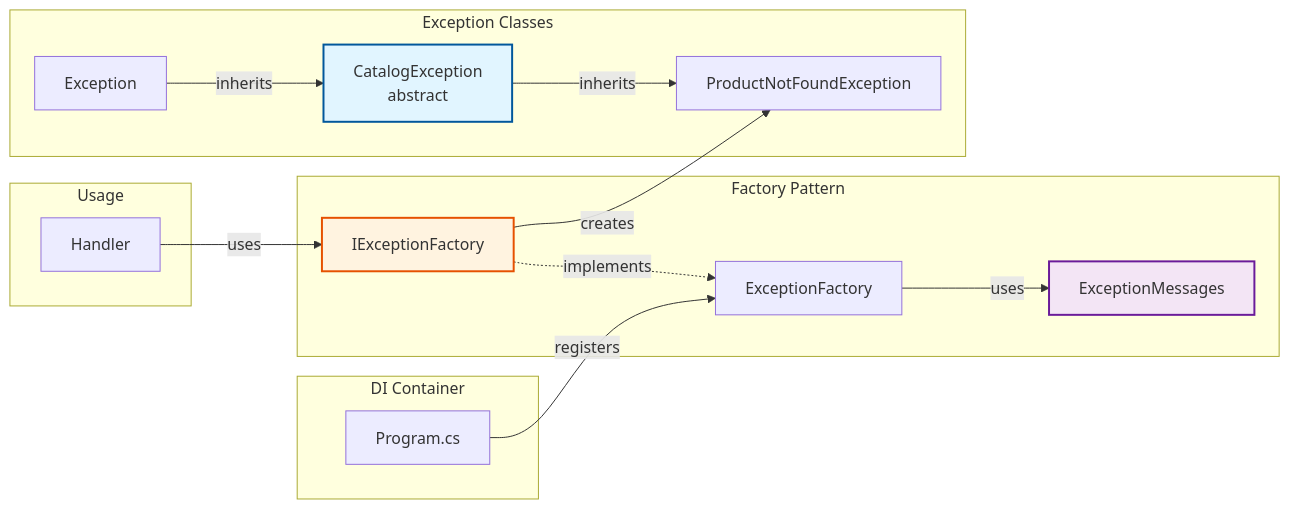
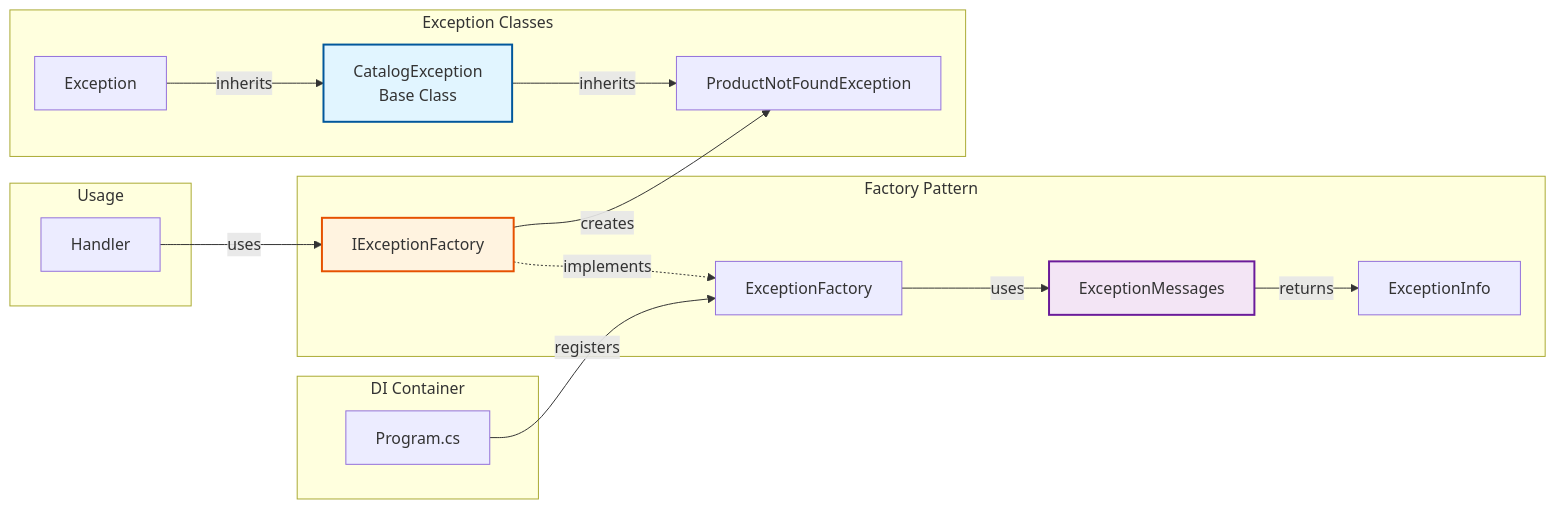
Before and after one commit to hamdyyemad/dotnet-microservices-ecommerce: the fourth of 5 diagrams in src/Services/Catalog/Catalog.API/Exceptions/README.md, drawn with Mermaid. The commit also changed other lines of this file and 12 other files, not shown here.

First line of the commit message:
feat: Refactor product update flow, enhance error handling, and fix infra config

````diff
--- a/src/Services/Catalog/Catalog.API/Exceptions/README.md
+++ b/src/Services/Catalog/Catalog.API/Exceptions/README.md
@@ -134,33 +136,35 @@
 ```mermaid
 graph LR
     subgraph "Factory Pattern"
         IF[IExceptionFactory]
         EF[ExceptionFactory]
         EM[ExceptionMessages]
+        EI[ExceptionInfo]
         IF -.->|implements| EF
         EF -->|uses| EM
+        EM -->|returns| EI
     end
 
     subgraph "Exception Classes"
         EX[Exception]
-        CE[CatalogException<br/>abstract]
+        CE[CatalogException<br/>Base Class]
         PNF[ProductNotFoundException]
         EX -->|inherits| CE
         CE -->|inherits| PNF
     end
 
     subgraph "Usage"
         H[Handler]
         H -->|uses| IF
         IF -->|creates| PNF
     end
 
     subgraph "DI Container"
         DI[Program.cs]
         DI -->|registers| EF
     end
 
     style CE fill:#e1f5ff,stroke:#01579b,stroke-width:2px
     style IF fill:#fff3e0,stroke:#e65100,stroke-width:2px
     style EM fill:#f3e5f5,stroke:#6a1b9a,stroke-width:2px
 ```
````
